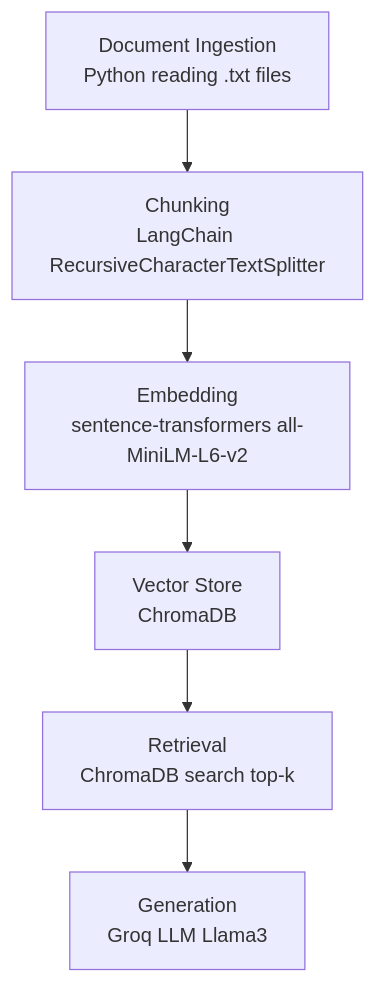
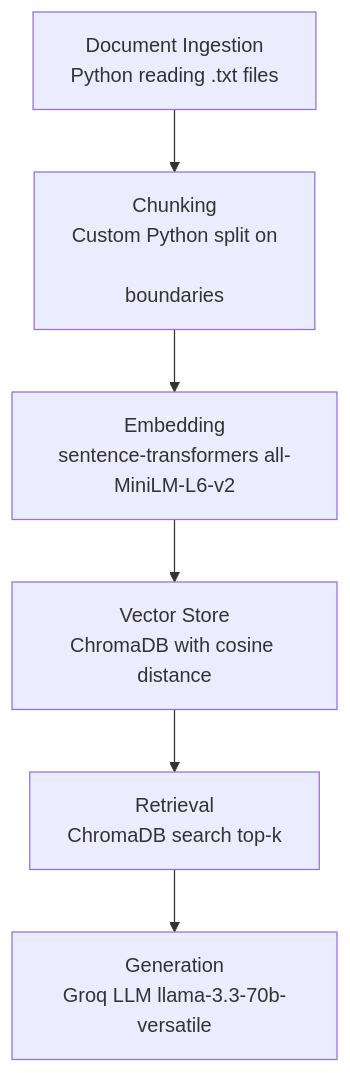
The diagram in planning.md (Mamadouba2004/codepath-ai201-module1), drawn with Mermaid before and after one commit. The commit also changed other lines of this file, not shown here.

````diff
--- a/planning.md
+++ b/planning.md
@@ -102,8 +106,8 @@
 ```mermaid
 flowchart TD
-    A[Document Ingestion<br>Python reading .txt files] --> B[Chunking<br>LangChain RecursiveCharacterTextSplitter]
+    A[Document Ingestion<br>Python reading .txt files] --> B[Chunking<br>Custom Python split on \n\n boundaries]
     B --> C[Embedding<br>sentence-transformers all-MiniLM-L6-v2]
-    C --> D[Vector Store<br>ChromaDB]
+    C --> D[Vector Store<br>ChromaDB with cosine distance]
     D --> E[Retrieval<br>ChromaDB search top-k]
-    E --> F[Generation<br>Groq LLM Llama3]
+    E --> F[Generation<br>Groq LLM llama-3.3-70b-versatile]
 ```
````
